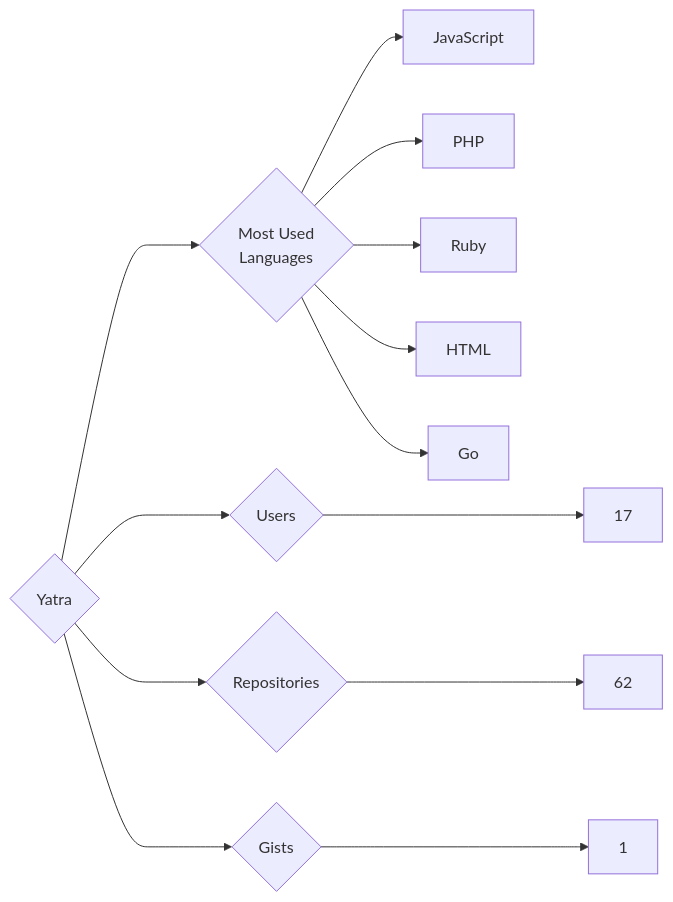
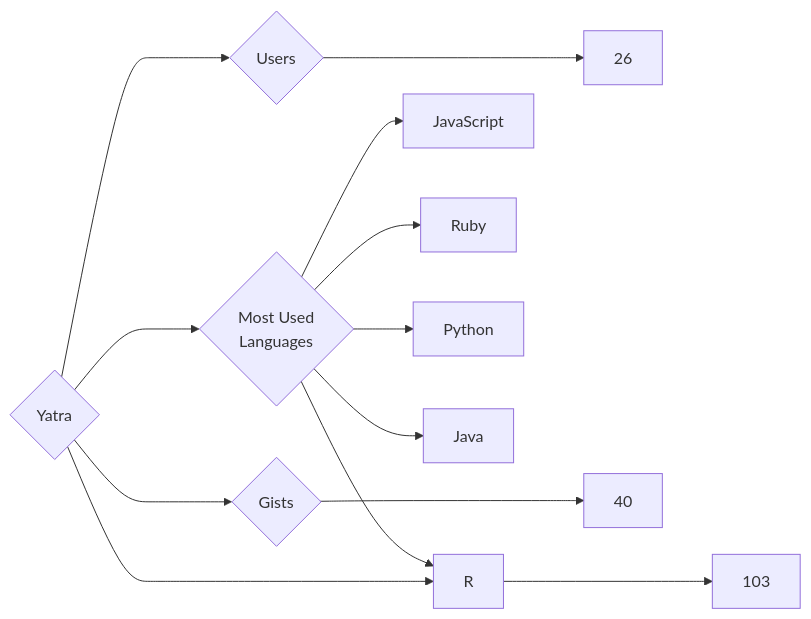
Before and after one commit to trickest/insiders: the diagram in targets/Yatra/README.md, drawn with Mermaid. The commit also changed 928 other files, not shown here.

````diff
--- a/targets/Yatra/README.md
+++ b/targets/Yatra/README.md
@@ -3,13 +3,13 @@
 ```mermaid
 graph LR
 COMPANY_NAME{Yatra}
-COMPANY_NAME ---> U{Users} ---> UN[17]
-COMPANY_NAME ---> R{Repositories} ---> RN[62]
-COMPANY_NAME ---> G{Gists} ---> GN[1]
+COMPANY_NAME ---> U{Users} ---> UN[26]
+COMPANY_NAME ---> R{Repositories} ---> RN[103]
+COMPANY_NAME ---> G{Gists} ---> GN[40]
 COMPANY_NAME ---> ML{Most Used<br>Languages}
 ML --> JavaScript[JavaScript]
-ML --> PHP[PHP]
 ML --> Ruby[Ruby]
-ML --> HTML[HTML]
-ML --> Go[Go]
+ML --> Python[Python]
+ML --> R[R]
+ML --> Java[Java]
 ```
````
